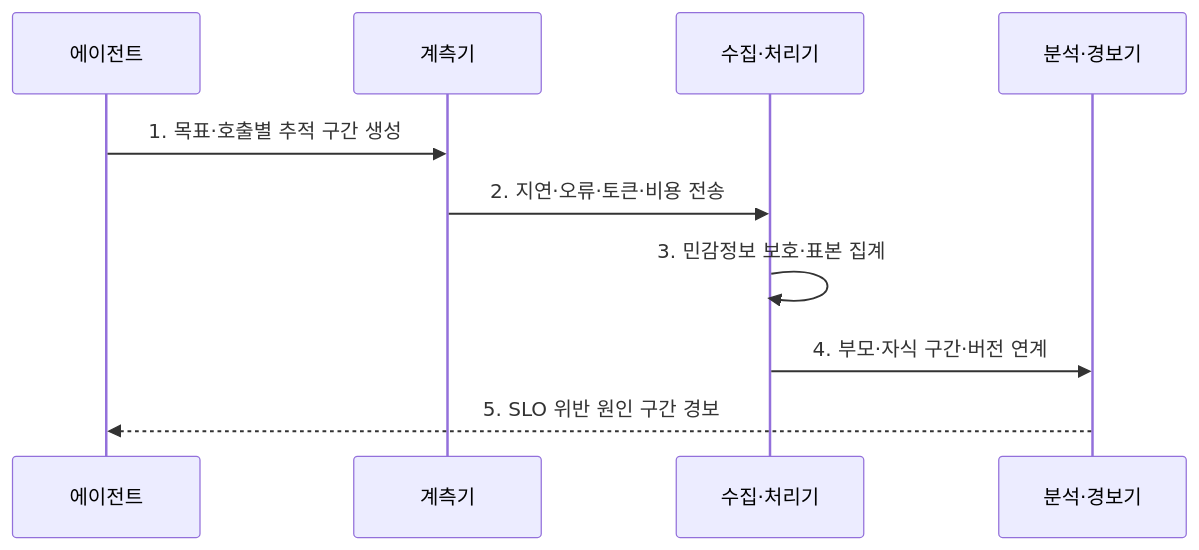
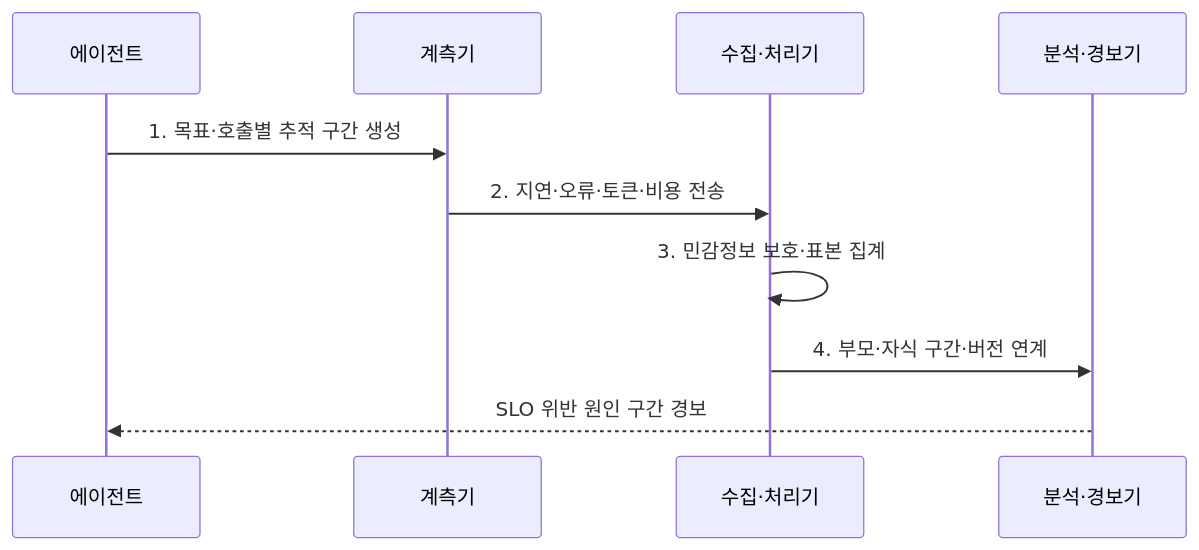
Before and after one commit to agnusdei1207/knowledge-base: the second of 2 diagrams in src/content/docs/notes/08-latest-tech/023_agent_observability.md, drawn with Mermaid. The commit also changed other lines of this file and 225 other files, not shown here.

````diff
--- a/src/content/docs/notes/08-latest-tech/023_agent_observability.md
+++ b/src/content/docs/notes/08-latest-tech/023_agent_observability.md
@@ -76,12 +78,12 @@
 ```mermaid
 sequenceDiagram
     participant A as 에이전트
     participant I as 계측기
     participant C as 수집·처리기
     participant V as 분석·경보기
     A->>I: 1. 목표·호출별 추적 구간 생성
     I->>C: 2. 지연·오류·토큰·비용 전송
     C->>C: 3. 민감정보 보호·표본 집계
     C->>V: 4. 부모·자식 구간·버전 연계
-    V-->>A: 5. SLO 위반 원인 구간 경보
+    V-->>A: SLO 위반 원인 구간 경보
 ```
````
